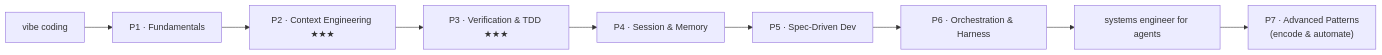
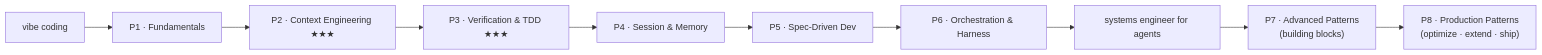
One commit to CodyAMaughan/agent-first-engineering changed the diagram in docs/curriculum/index.md. Above: the diagram before and after it, drawn with Mermaid. The commit also changed other lines of this file and 13 other files, not shown here.

First line of the commit message:
docs: split Phase 7 into Phase 7 (building blocks) + Phase 8 (production)

````diff
--- a/docs/curriculum/index.md
+++ b/docs/curriculum/index.md
@@ -15,11 +15,12 @@
 ```mermaid
 flowchart LR
     V[vibe coding] --> P1[P1 · Fundamentals]
     P1 --> P2["P2 · Context Engineering ★★★"]
     P2 --> P3["P3 · Verification & TDD ★★★"]
     P3 --> P4[P4 · Session & Memory]
     P4 --> P5[P5 · Spec-Driven Dev]
     P5 --> P6[P6 · Orchestration & Harness]
     P6 --> S[systems engineer for agents]
-    S --> P7["P7 · Advanced Patterns<br/>(encode & automate)"]
+    S --> P7["P7 · Advanced Patterns<br/>(building blocks)"]
+    P7 --> P8["P8 · Production Patterns<br/>(optimize · extend · ship)"]
 ```
````
